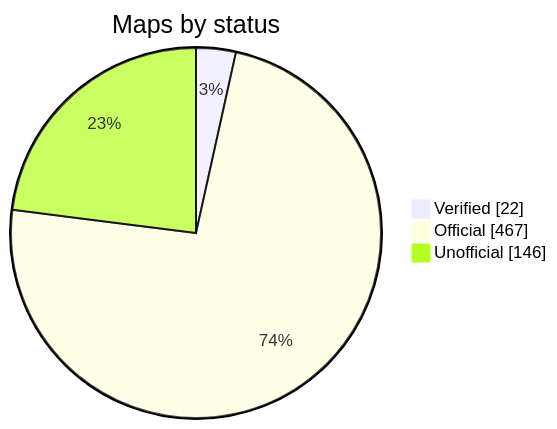
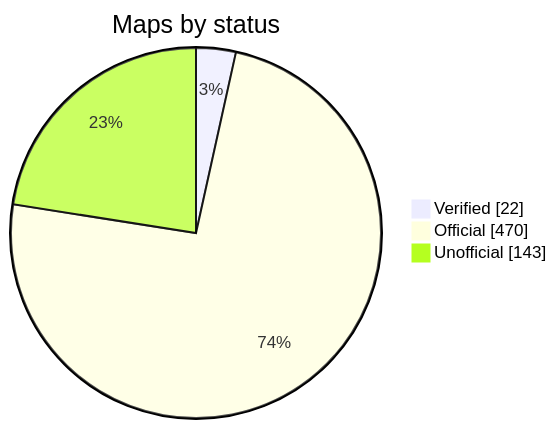
One commit to nobrega8/mbmap-library changed the diagram in README.md. Above: the diagram before and after it, drawn with Mermaid. The commit also changed 4 other files, not shown here.

````diff
--- a/README.md
+++ b/README.md
@@ -52,7 +52,7 @@
 ```mermaid
 pie showData
     title Maps by status
     "Verified" : 22
-    "Official" : 467
-    "Unofficial" : 146
+    "Official" : 470
+    "Unofficial" : 143
 ```
````
